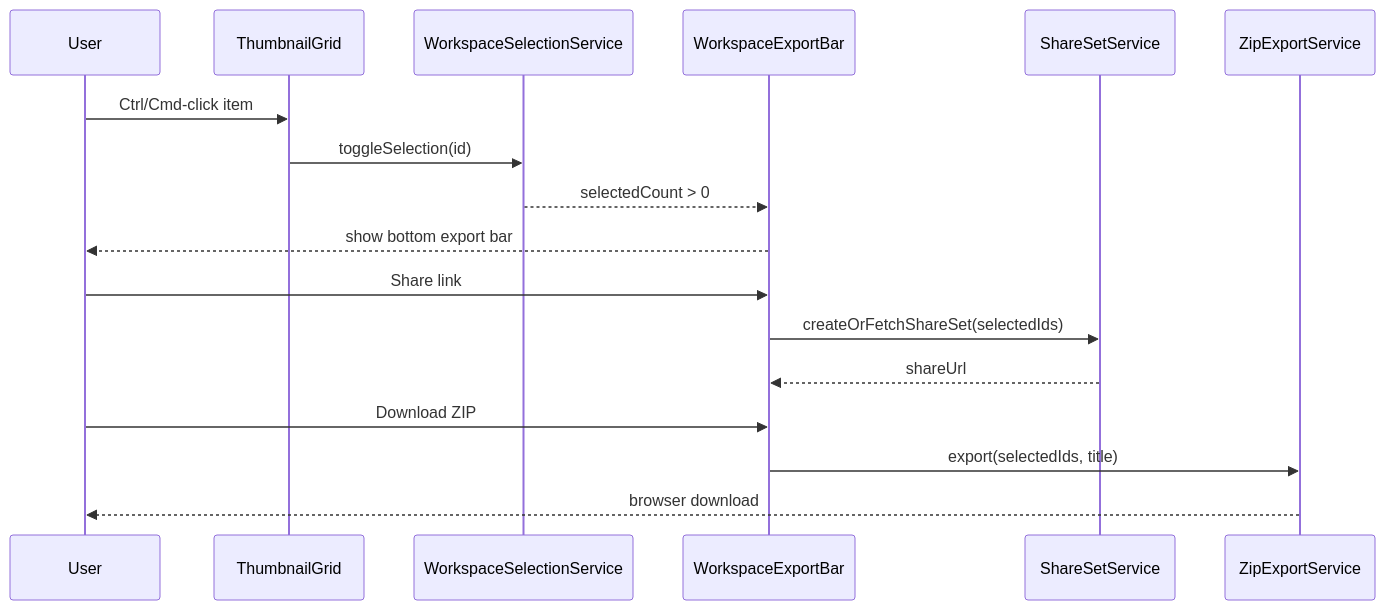
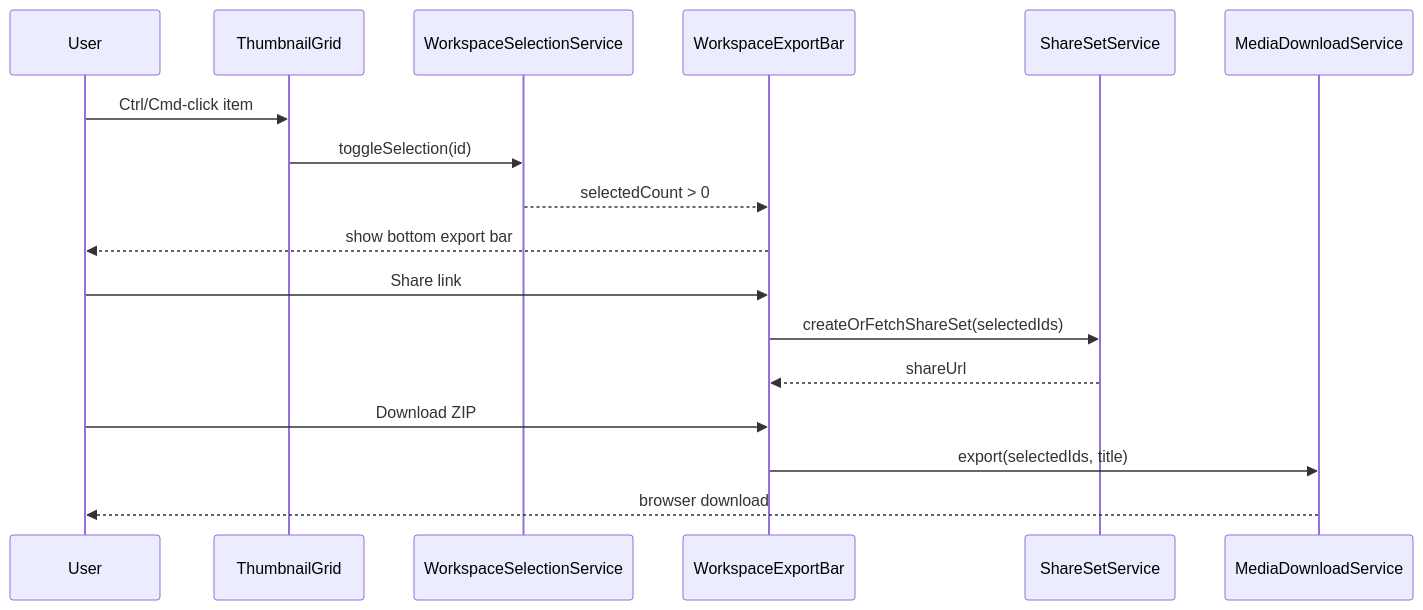
One commit to matkleve/feldpost changed the third of 3 diagrams in docs/element-specs/workspace-export-bar.md. Above: the diagram before and after it, drawn with Mermaid. The commit also changed other lines of this file and 33 other files, not shown here.

First line of the commit message:
refactor: migrate media-related services to MediaDownloadService

````diff
--- a/docs/element-specs/workspace-export-bar.md
+++ b/docs/element-specs/workspace-export-bar.md
@@ -362,20 +362,20 @@
 ```mermaid
 sequenceDiagram
   participant User
   participant Grid as ThumbnailGrid
   participant Sel as WorkspaceSelectionService
   participant Bar as WorkspaceExportBar
   participant Share as ShareSetService
-  participant Zip as ZipExportService
+  participant Zip as MediaDownloadService
 
   User->>Grid: Ctrl/Cmd-click item
   Grid->>Sel: toggleSelection(id)
   Sel-->>Bar: selectedCount > 0
   Bar-->>User: show bottom export bar
   User->>Bar: Share link
   Bar->>Share: createOrFetchShareSet(selectedIds)
   Share-->>Bar: shareUrl
   User->>Bar: Download ZIP
   Bar->>Zip: export(selectedIds, title)
   Zip-->>User: browser download
 ```
````
